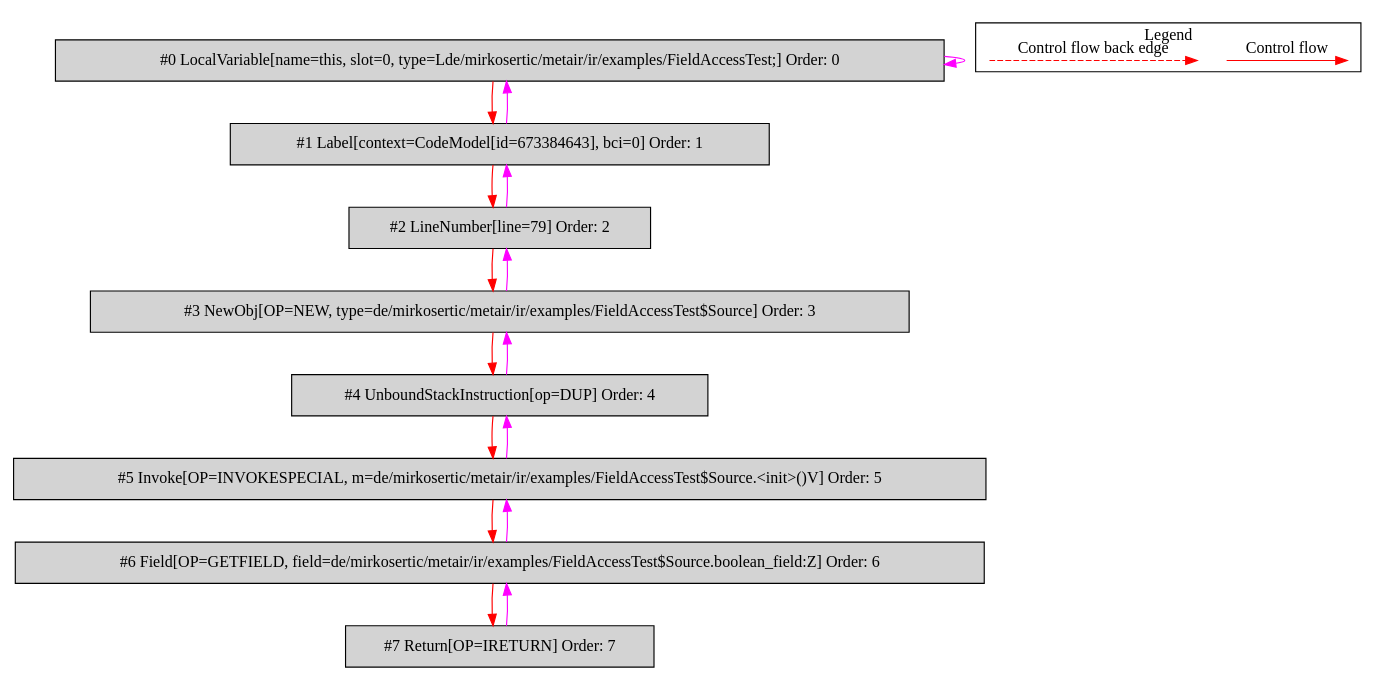
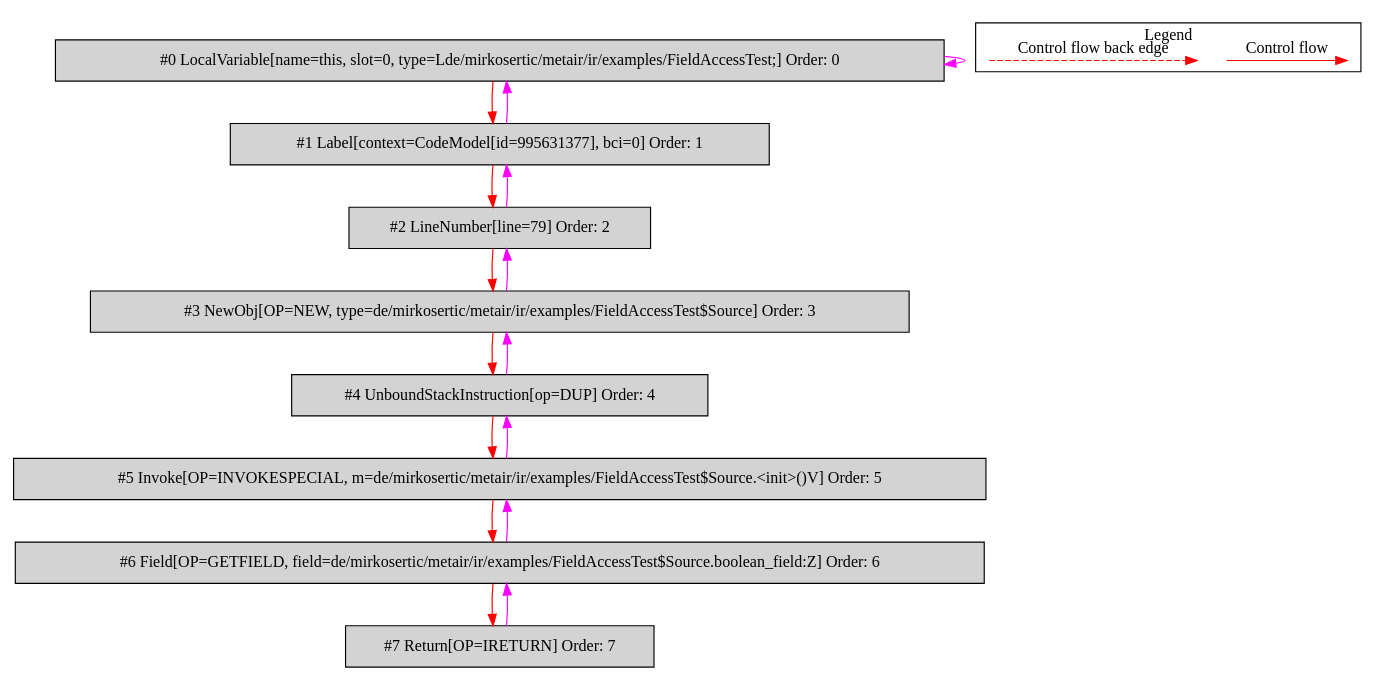
Before and after one commit to mirkosertic/MetaIR: the diagram in de.mirkosertic.metair.ir.examples.FieldAccessTest/return_boolean/bytecodecfg.dot, drawn with Graphviz. The commit also changed 540 other files, not shown here.

```diff
--- a/de.mirkosertic.metair.ir.examples.FieldAccessTest/return_boolean/bytecodecfg.dot
+++ b/de.mirkosertic.metair.ir.examples.FieldAccessTest/return_boolean/bytecodecfg.dot
@@ -1,40 +1,40 @@
 digraph {
  ordering="in";
  node0[label="#0 LocalVariable[name=this, slot=0, type=Lde/mirkosertic/metair/ir/examples/FieldAccessTest;] Order: 0", shape=box, fillcolor=lightgrey, style=filled];
- node1[label="#1 Label[context=CodeModel[id=673384643], bci=0] Order: 1", shape=box, fillcolor=lightgrey, style=filled];
+ node1[label="#1 Label[context=CodeModel[id=995631377], bci=0] Order: 1", shape=box, fillcolor=lightgrey, style=filled];
  node2[label="#2 LineNumber[line=79] Order: 2", shape=box, fillcolor=lightgrey, style=filled];
  node3[label="#3 NewObj[OP=NEW, type=de/mirkosertic/metair/ir/examples/FieldAccessTest$Source] Order: 3", shape=box, fillcolor=lightgrey, style=filled];
  node4[label="#4 UnboundStackInstruction[op=DUP] Order: 4", shape=box, fillcolor=lightgrey, style=filled];
  node5[label="#5 Invoke[OP=INVOKESPECIAL, m=de/mirkosertic/metair/ir/examples/FieldAccessTest$Source.<init>()V] Order: 5", shape=box, fillcolor=lightgrey, style=filled];
  node6[label="#6 Field[OP=GETFIELD, field=de/mirkosertic/metair/ir/examples/FieldAccessTest$Source.boolean_field:Z] Order: 6", shape=box, fillcolor=lightgrey, style=filled];
  node7[label="#7 Return[OP=IRETURN] Order: 7", shape=box, fillcolor=lightgrey, style=filled];
  node0 -> node0[color=fuchsia];
  node0 -> node1[color=red];
  node1 -> node0[color=fuchsia];
  node1 -> node2[color=red];
  node2 -> node1[color=fuchsia];
  node2 -> node3[color=red];
  node3 -> node2[color=fuchsia];
  node3 -> node4[color=red];
  node4 -> node3[color=fuchsia];
  node4 -> node5[color=red];
  node5 -> node4[color=fuchsia];
  node5 -> node6[color=red];
  node6 -> node5[color=fuchsia];
  node6 -> node7[color=red];
  node7 -> node6[color=fuchsia];
  subgraph cluster_000 {
   label = "Legend";
   node [shape=point]
   {
    rank=same;
    c0 [style = invis];
    c1 [style = invis];
    c2 [style = invis];
    c3 [style = invis];
   }
   c0 -> c1 [label="Control flow", style=solid, color=red]
   c2 -> c3 [label="Control flow back edge", style=dashed, color=red]
  }
 
 }
```
